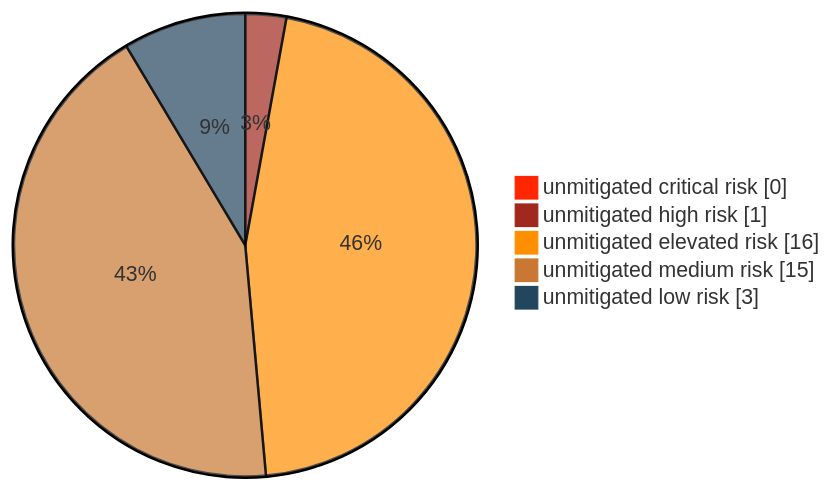
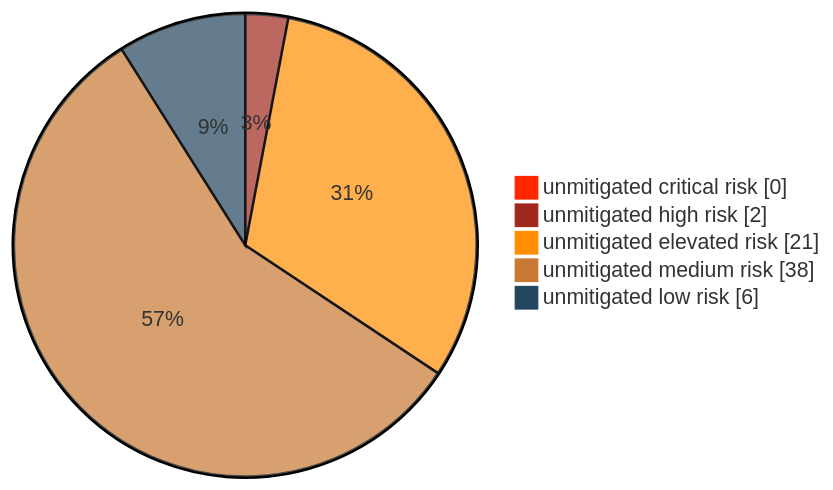
Before and after one commit to Luv1881/Threat-model: the first of 2 diagrams in threagile/output/adocReport/030_RiskMitigationStatus.adoc, drawn with Mermaid. The commit also changed other lines of this file and 312 other files, not shown here.

```diff
--- a/threagile/output/adocReport/030_RiskMitigationStatus.adoc
+++ b/threagile/output/adocReport/030_RiskMitigationStatus.adoc
@@ -75,10 +75,10 @@
 [mermaid]
 ....
 %%{init: {'pie' : {'textPosition' : 0.5}, 'theme': 'base', 'themeVariables': { 'pie1': '#FF2600', 'pie2': '#A0281E', 'pie3': '#FF8E00', 'pie4': '#C87832', 'pie5': '#23465F'}}}%%
 pie showData
   "unmitigated critical risk" : 0
-  "unmitigated high risk" : 1
-  "unmitigated elevated risk" : 16
-  "unmitigated medium risk" : 15
-  "unmitigated low risk" : 3
+  "unmitigated high risk" : 2
+  "unmitigated elevated risk" : 21
+  "unmitigated medium risk" : 38
+  "unmitigated low risk" : 6
 ....
```
